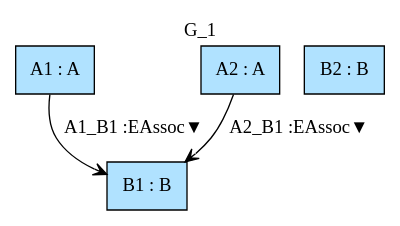
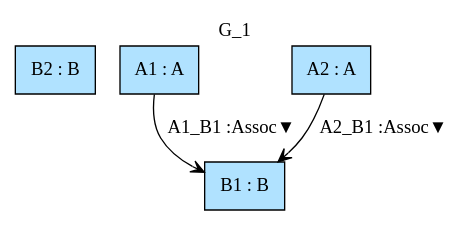
The diagram in Haskell/FragmentaTests/SGTyTests/img/G_1.gv (namalio/Fragmenta), drawn with Graphviz before and after one commit. The commit also changed 70 other files, not shown here.

```diff
--- a/Haskell/FragmentaTests/SGTyTests/img/G_1.gv
+++ b/Haskell/FragmentaTests/SGTyTests/img/G_1.gv
@@ -1,9 +1,9 @@
 digraph {graph[label=G_1,labelloc=tl,labelfontsize=12];
+"B2"[shape=box,fillcolor=lightskyblue1,style = filled,label="B2 : B"];
 "A1"[shape=box,fillcolor=lightskyblue1,style = filled,label="A1 : A"];
 "A2"[shape=box,fillcolor=lightskyblue1,style = filled,label="A2 : A"];
 "B1"[shape=box,fillcolor=lightskyblue1,style = filled,label="B1 : B"];
-"B2"[shape=box,fillcolor=lightskyblue1,style = filled,label="B2 : B"];
 
-"A1"->"B1"[label="A1_B1 :EAssoc▼",arrowhead=vee];
-"A2"->"B1"[label="A2_B1 :EAssoc▼",arrowhead=vee];
+"A1"->"B1"[label="A1_B1 :Assoc▼",arrowhead=vee];
+"A2"->"B1"[label="A2_B1 :Assoc▼",arrowhead=vee];
 }
```
